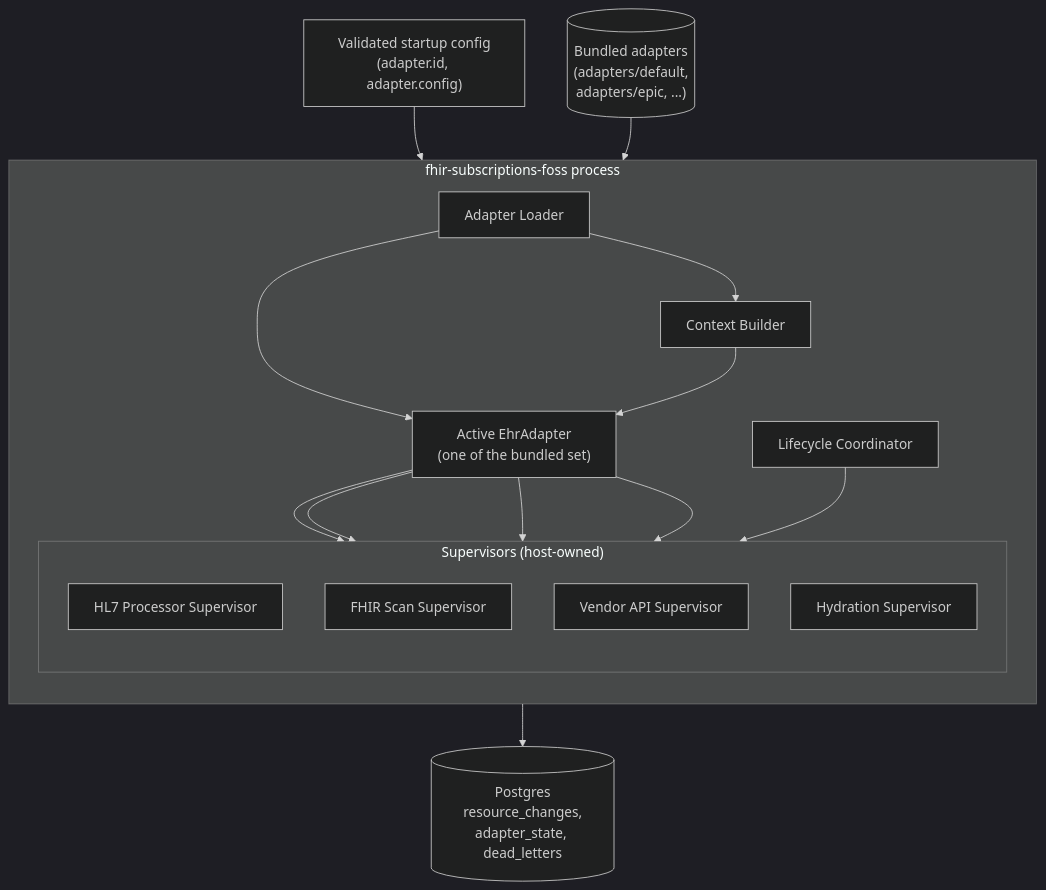
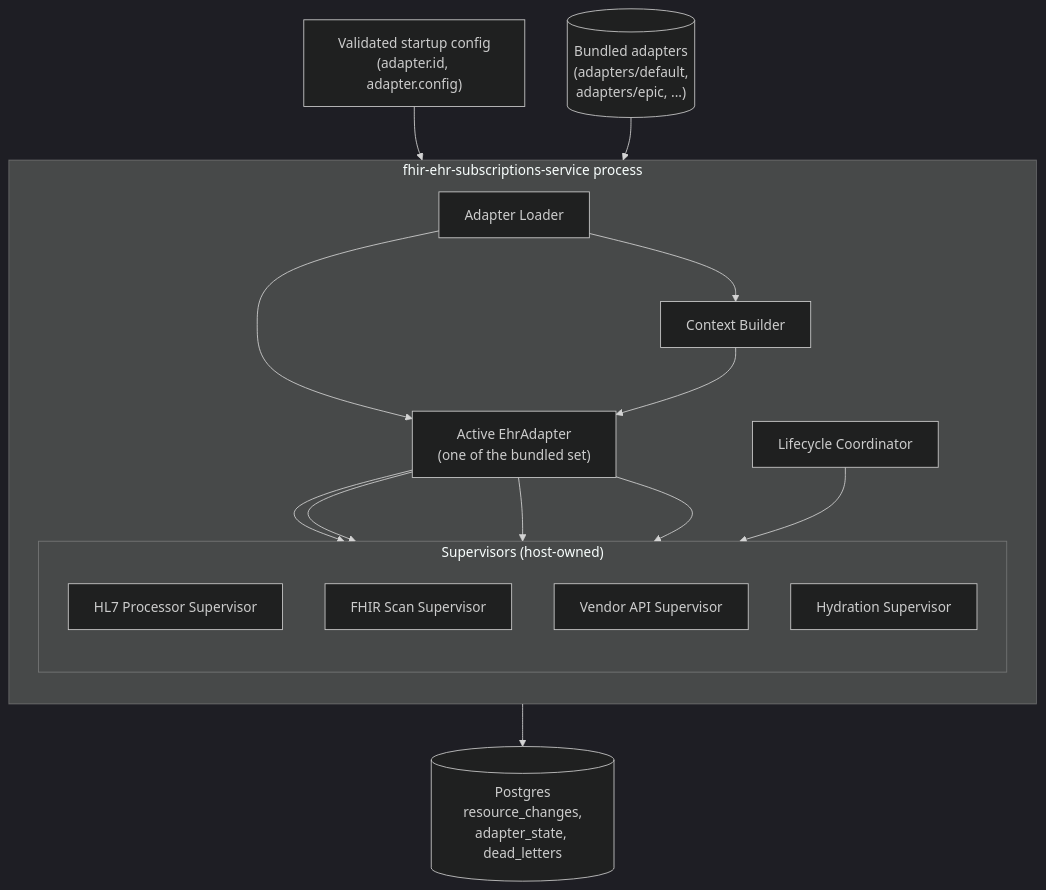
Before and after one commit to bzimbelman/fhir-ehr-subscriptions-service: the diagram in docs/low-level-design/adapter-spi-framework.md, drawn with Mermaid (dark theme). The commit also changed 273 other files, not shown here.

First line of the commit message:
chore: rename project from fhir-subscriptions-foss to fhir-ehr-subscriptions-service

````diff
--- a/docs/low-level-design/adapter-spi-framework.md
+++ b/docs/low-level-design/adapter-spi-framework.md
@@ -9,35 +9,35 @@
 ```mermaid
 flowchart TB
     cfg["Validated startup config<br/>(adapter.id, adapter.config)"]
 
-    subgraph host["fhir-subscriptions-foss process"]
+    subgraph host["fhir-ehr-subscriptions-service process"]
         direction TB
         loader["Adapter Loader"]
         ctx_build["Context Builder"]
         adapter["Active EhrAdapter<br/>(one of the bundled set)"]
 
         subgraph sup["Supervisors (host-owned)"]
             direction TB
             hl7sup["HL7 Processor Supervisor"]
             scansup["FHIR Scan Supervisor"]
             vendsup["Vendor API Supervisor"]
             hydsup["Hydration Supervisor"]
         end
 
         lifecycle["Lifecycle Coordinator"]
     end
 
     bundled[("Bundled adapters<br/>(adapters/default,<br/>adapters/epic, ...)")]
     pg[("Postgres<br/>resource_changes,<br/>adapter_state, dead_letters")]
 
     cfg --> loader
     bundled --> loader
     loader --> adapter
     loader --> ctx_build --> adapter
     adapter --> hl7sup
     adapter --> scansup
     adapter --> vendsup
     adapter --> hydsup
     lifecycle --> sup
     sup --> pg
 ```
````
